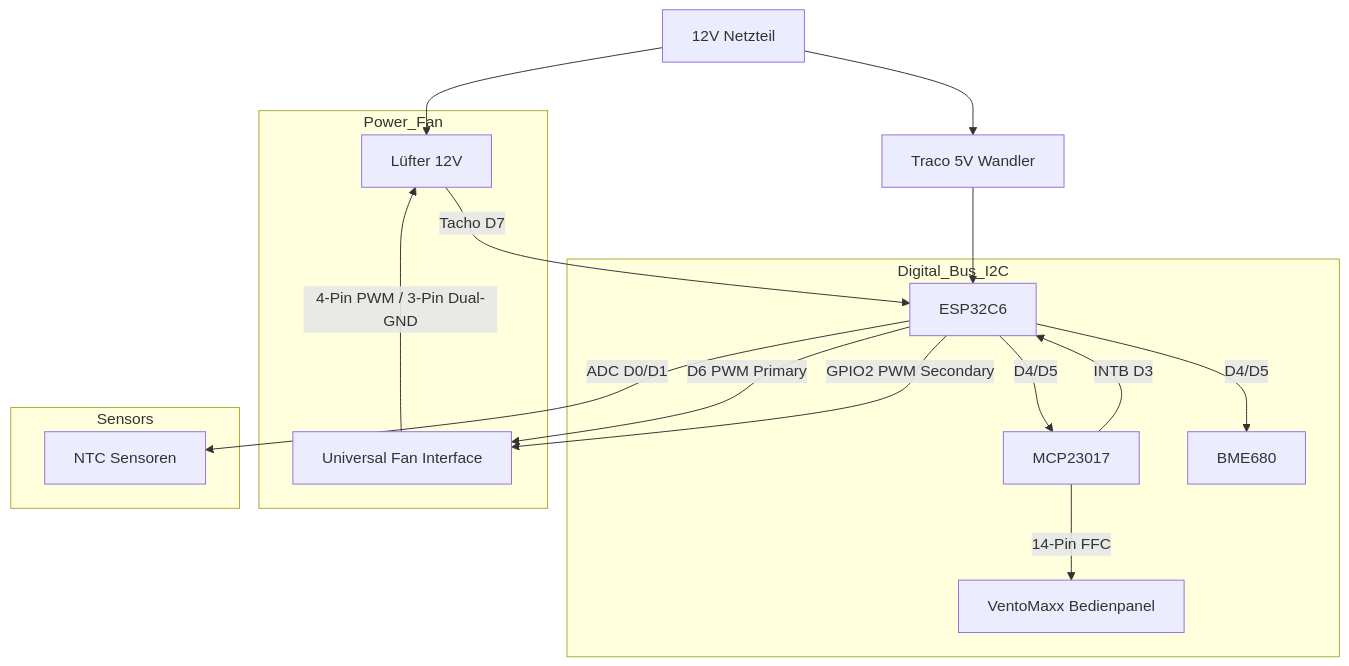
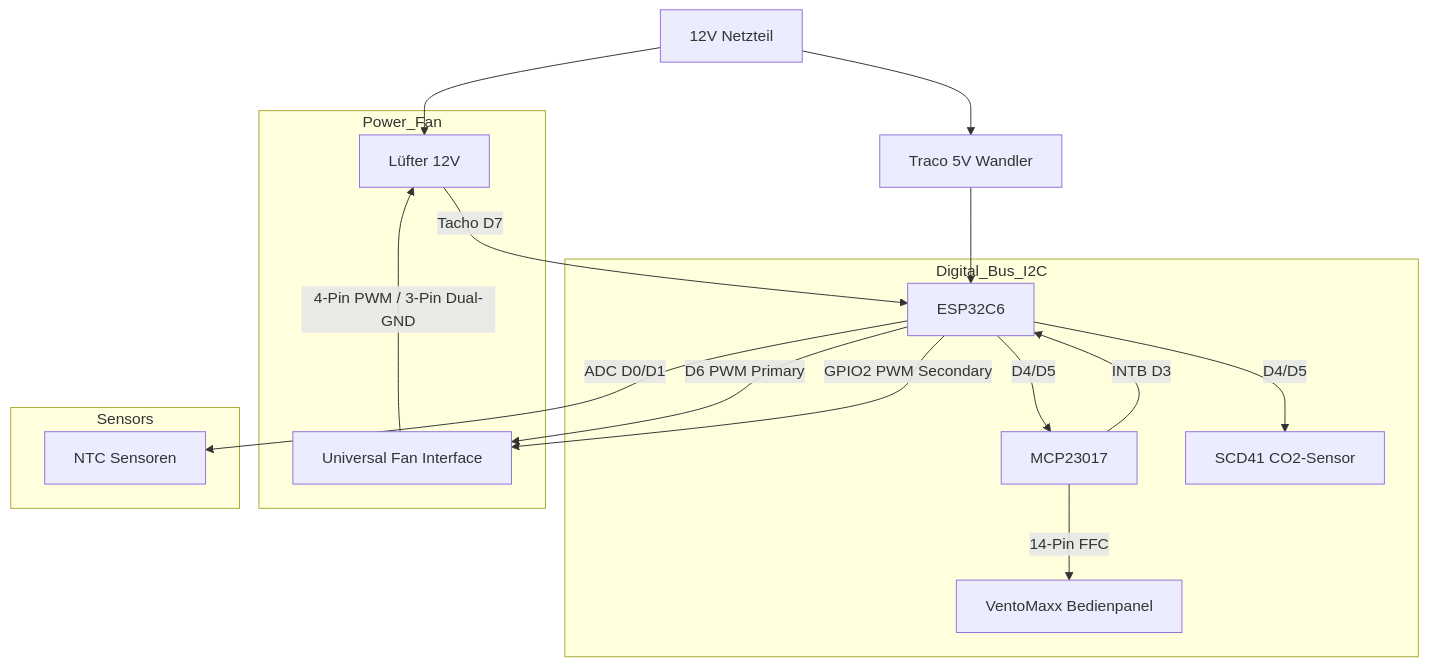
The first of 2 diagrams in Readme.md (thomasengeroff-dotcom/ESPHome-Wohnraumlueftung), drawn with Mermaid before and after one commit. The commit also changed other lines of this file and 2 other files, not shown here.

Commit message:
feat: migrate to SCD41 for precise CO2 sensing.

````diff
--- a/Readme.md
+++ b/Readme.md
@@ -183,24 +201,24 @@
 ```mermaid
 graph TD
     PSU[12V Netzteil] --> FAN[Lüfter Motor]
     PSU --> TRACO[Traco 5V Wandler]
     TRACO --> XIAO[ESP32C6]
 
     subgraph Digital_Bus_I2C
     XIAO -->|D4/D5| MCP[MCP23017]
-    XIAO -->|D4/D5| BME[BME680]
+    XIAO -->|D4/D5| SCD41[SCD41 CO2-Sensor]
     MCP -->|14-Pin FFC| PANEL[VentoMaxx Bedienpanel]
     end
 
     subgraph Power_Fan
     XIAO -->|D6 PWM Primary| FAN_CTRL[Universal Fan Interface]
     XIAO -->|GPIO2 PWM Secondary| FAN_CTRL
     FAN_CTRL -->|4-Pin PWM / 3-Pin Dual-GND| FAN[Lüfter 12V]
     FAN -->|Tacho D7| XIAO
     end
 
     subgraph Sensors
     XIAO -->|ADC D0/D1| NTCS[NTC Sensoren]
     MCP -->|INTB D3| XIAO
     end
 ```
````
